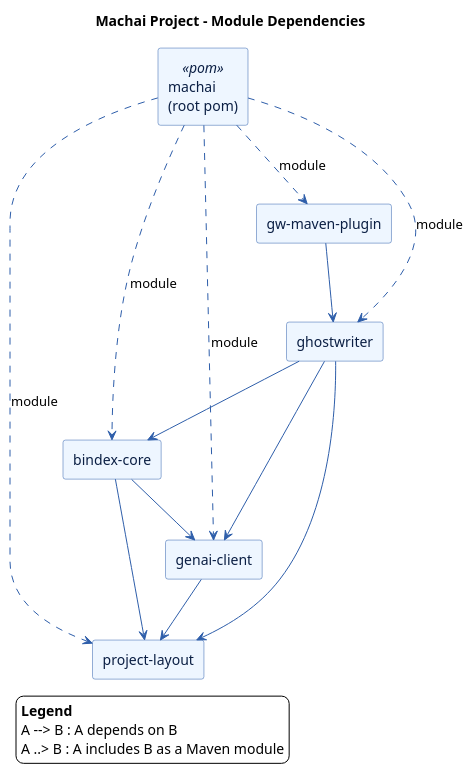
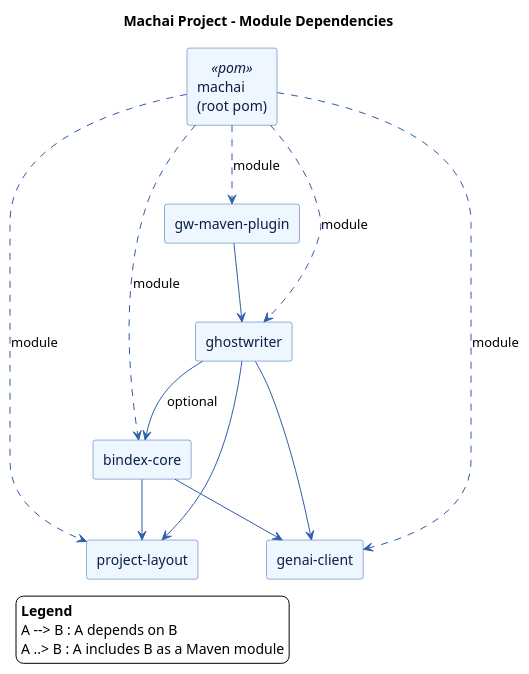
The diagram in src/site/puml/project-structure.puml (machanism-org/machai), drawn with PlantUML before and after one commit. The commit also changed other lines of this file and 1 other file, not shown here.

Commit message:
updated guidance docs and project structure diagram.

```diff
--- a/src/site/puml/project-structure.puml
+++ b/src/site/puml/project-structure.puml
@@ -2,54 +2,52 @@
 @startuml
 
 title Machai Project - Module Dependencies
 
 skinparam backgroundColor transparent
 skinparam shadowing false
 skinparam componentStyle rectangle
 skinparam packageStyle rectangle
 skinparam defaultTextAlignment left
 
 skinparam component {
   BackgroundColor #EEF6FF
   BorderColor #2E5EAA
   FontColor #0B1F44
 }
 
 skinparam arrow {
   Color #2E5EAA
   Thickness 1
 }
 
 legend left
   <b>Legend</b>
   A --> B : A depends on B
   A ..> B : A includes B as a Maven module
 endlegend
 
 component "machai\n(root pom)" as machai_root <<pom>>
 component "project-layout" as project_layout
 component "genai-client" as genai_client
 component "bindex-core" as bindex_core
 component "ghostwriter" as ghostwriter
 component "gw-maven-plugin" as gw_maven_plugin
 
 machai_root ..> project_layout : module
 machai_root ..> genai_client : module
 machai_root ..> bindex_core : module
 machai_root ..> ghostwriter : module
 machai_root ..> gw_maven_plugin : module
 
 ' Dependencies between modules (from module pom.xml)
 
-genai_client --> project_layout
-
 bindex_core --> project_layout
 bindex_core --> genai_client
 
 ghostwriter --> project_layout
 ghostwriter --> genai_client
-ghostwriter --> bindex_core
+ghostwriter --> bindex_core : optional
 
 gw_maven_plugin --> ghostwriter
 
 @enduml
```
